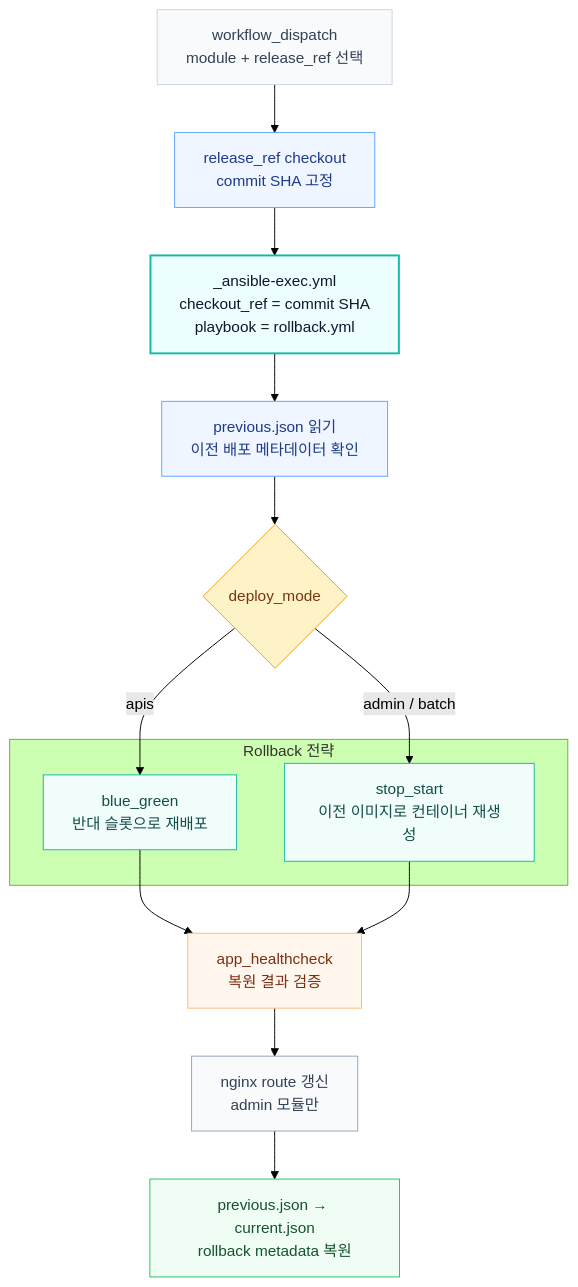
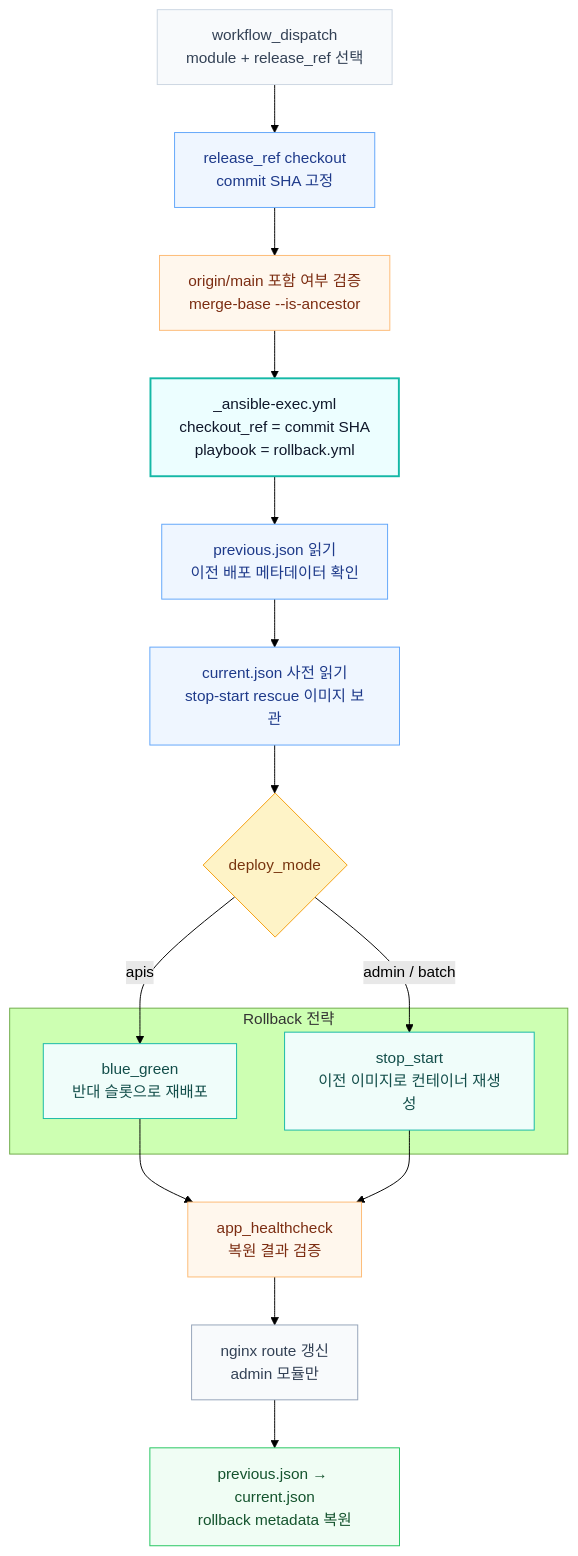
Before and after one commit to TEAM-BEAT/BEAT-SERVER: diagram 14 of 14 in infra/README.md, drawn with Mermaid (forest theme). The commit also changed other lines of this file and 4 other files, not shown here.

````diff
--- a/infra/README.md
+++ b/infra/README.md
@@ -1273,41 +1273,45 @@
 ```mermaid
 flowchart TB
     Start["workflow_dispatch<br/>module + release_ref 선택"]:::event
     Checkout["release_ref checkout<br/>commit SHA 고정"]:::step
+    MainGuard["origin/main 포함 여부 검증<br/>merge-base --is-ancestor"]:::verify
     Exec["_ansible-exec.yml<br/>checkout_ref = commit SHA<br/>playbook = rollback.yml"]:::executor
 
     ReadPrev["previous.json 읽기<br/>이전 배포 메타데이터 확인"]:::step
+    ReadCurrent["current.json 사전 읽기<br/>stop-start rescue 이미지 보관"]:::step
     Mode{"deploy_mode"}:::decision
 
     subgraph STRATEGY["Rollback 전략"]
         BlueGreen["blue_green<br/>반대 슬롯으로 재배포"]:::strategy
         StopStart["stop_start<br/>이전 이미지로 컨테이너 재생성"]:::strategy
     end
 
     Health["app_healthcheck<br/>복원 결과 검증"]:::verify
     Nginx["nginx route 갱신<br/>admin 모듈만"]:::infra
     Metadata["previous.json → current.json<br/>rollback metadata 복원"]:::post
 
     Start --> Checkout
-    Checkout --> Exec
+    Checkout --> MainGuard
+    MainGuard --> Exec
     Exec --> ReadPrev
-    ReadPrev --> Mode
+    ReadPrev --> ReadCurrent
+    ReadCurrent --> Mode
 
     Mode -->|"apis"| BlueGreen
     Mode -->|"admin / batch"| StopStart
 
     BlueGreen --> Health
     StopStart --> Health
 
     Health --> Nginx
     Nginx --> Metadata
 
     classDef event fill:#F8FAFC,stroke:#CBD5E1,stroke-width:1px,color:#334155
     classDef step fill:#EFF6FF,stroke:#60A5FA,stroke-width:1px,color:#1E3A8A
     classDef executor fill:#ECFEFF,stroke:#14B8A6,stroke-width:2px,color:#0F172A
     classDef decision fill:#FEF3C7,stroke:#F59E0B,stroke-width:1px,color:#78350F
     classDef strategy fill:#F0FDFA,stroke:#14B8A6,stroke-width:1px,color:#134E4A
     classDef verify fill:#FFF7ED,stroke:#FDBA74,stroke-width:1px,color:#7C2D12
     classDef infra fill:#F8FAFC,stroke:#94A3B8,stroke-width:1px,color:#334155
     classDef post fill:#F0FDF4,stroke:#22C55E,stroke-width:1px,color:#14532D
 ```
````
